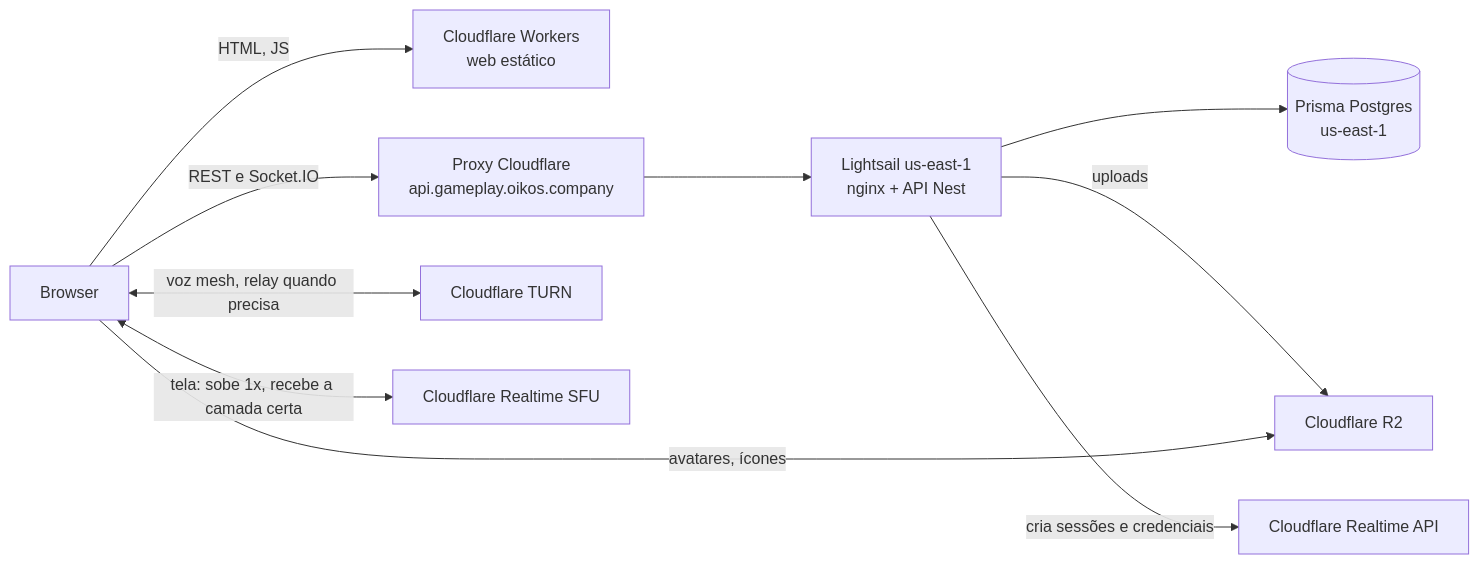
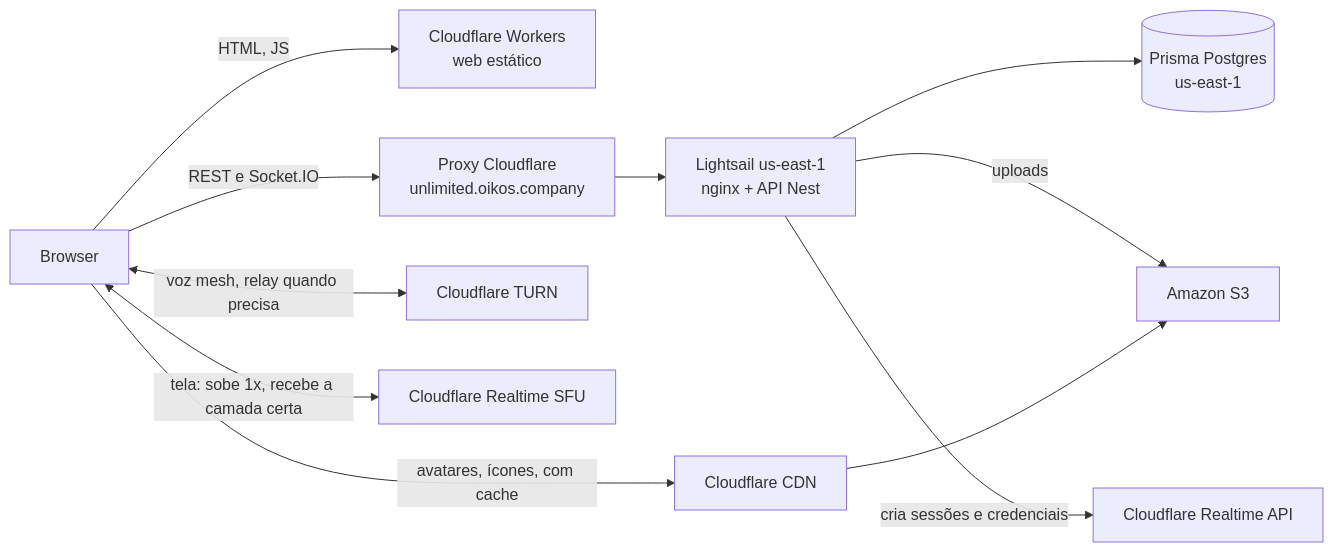
The diagram in plans/06-producao-aws.md (christiancesar/gameplay), drawn with Mermaid before and after one commit. The commit also changed other lines of this file, not shown here.

First line of the commit message:
docs(plans): S3 for uploads, unlimited.oikos.company for the API, certificates

````diff
--- a/plans/06-producao-aws.md
+++ b/plans/06-producao-aws.md
@@ -33,12 +33,12 @@
 ```mermaid
 flowchart LR
   B[Browser] -->|HTML, JS| W[Cloudflare Workers<br/>web estático]
-  B -->|REST e Socket.IO| P[Proxy Cloudflare<br/>api.gameplay.oikos.company]
+  B -->|REST e Socket.IO| P[Proxy Cloudflare<br/>unlimited.oikos.company]
   P --> L[Lightsail us-east-1<br/>nginx + API Nest]
   L --> D[(Prisma Postgres<br/>us-east-1)]
-  L -->|uploads| R[Cloudflare R2]
-  B -->|avatares, ícones| R
+  L -->|uploads| R[Amazon S3]
+  B -->|avatares, ícones, com cache| CF[Cloudflare CDN] --> R
   L -->|cria sessões e credenciais| C[Cloudflare Realtime API]
   B <-->|voz mesh, relay quando precisa| T[Cloudflare TURN]
   B <-->|tela: sobe 1x, recebe a camada certa| S[Cloudflare Realtime SFU]
 ```
````
